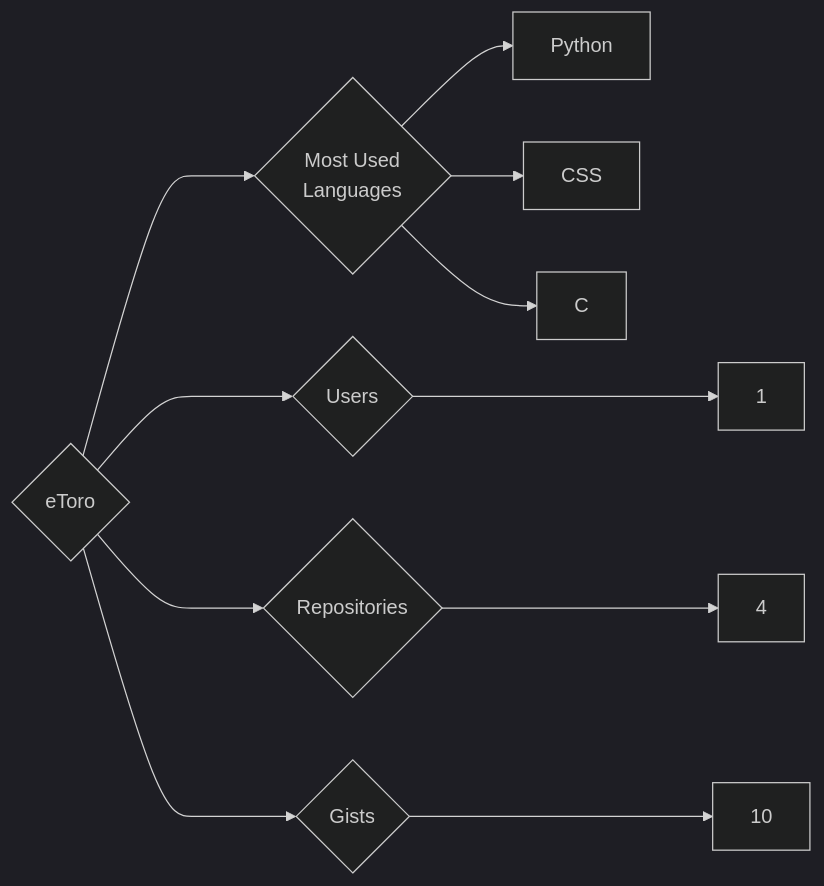
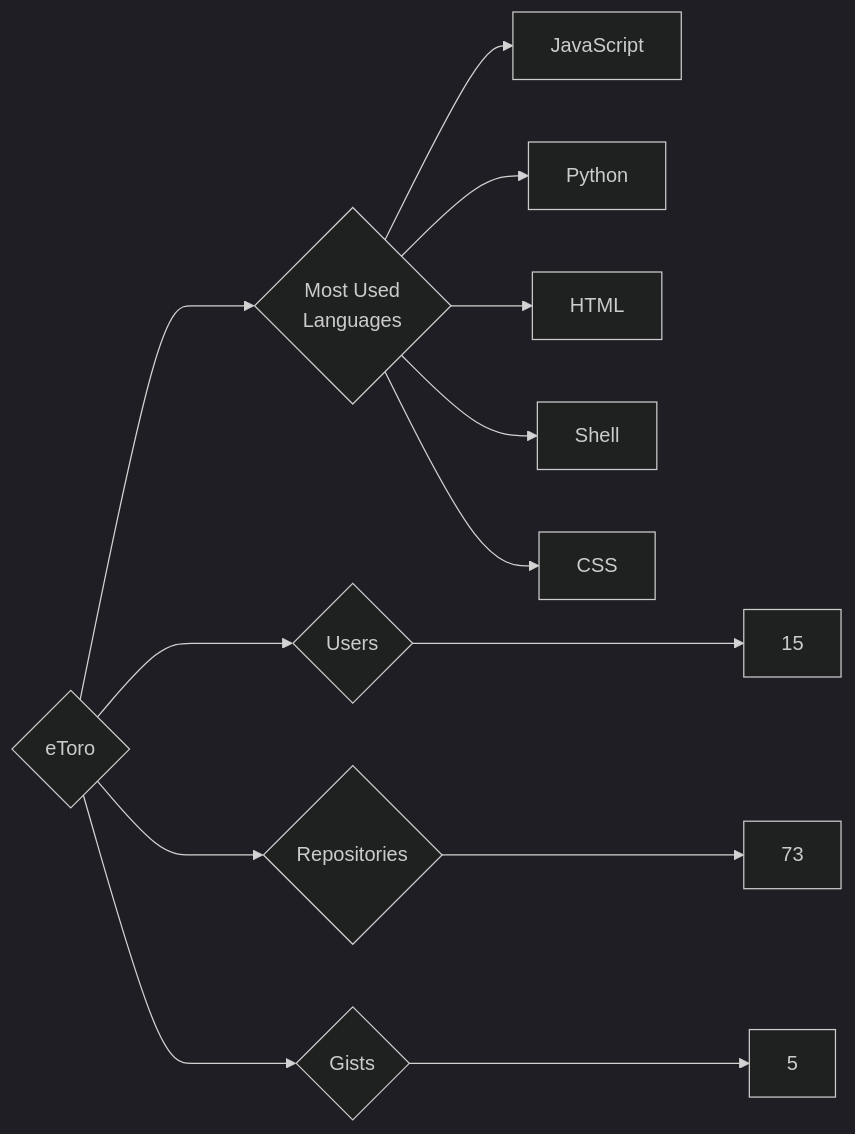
One commit to trickest/insiders changed the diagram in targets/eToro/README.md. Above: the diagram before and after it, drawn with Mermaid (dark theme). The commit also changed 953 other files, not shown here.

````diff
--- a/targets/eToro/README.md
+++ b/targets/eToro/README.md
@@ -3,11 +3,13 @@
 ```mermaid
 graph LR
 COMPANY_NAME{eToro}
-COMPANY_NAME ---> U{Users} ---> UN[1]
-COMPANY_NAME ---> R{Repositories} ---> RN[4]
-COMPANY_NAME ---> G{Gists} ---> GN[10]
+COMPANY_NAME ---> U{Users} ---> UN[15]
+COMPANY_NAME ---> R{Repositories} ---> RN[73]
+COMPANY_NAME ---> G{Gists} ---> GN[5]
 COMPANY_NAME ---> ML{Most Used<br>Languages}
+ML --> JavaScript[JavaScript]
 ML --> Python[Python]
+ML --> HTML[HTML]
+ML --> Shell[Shell]
 ML --> CSS[CSS]
-ML --> C[C]
 ```
````
